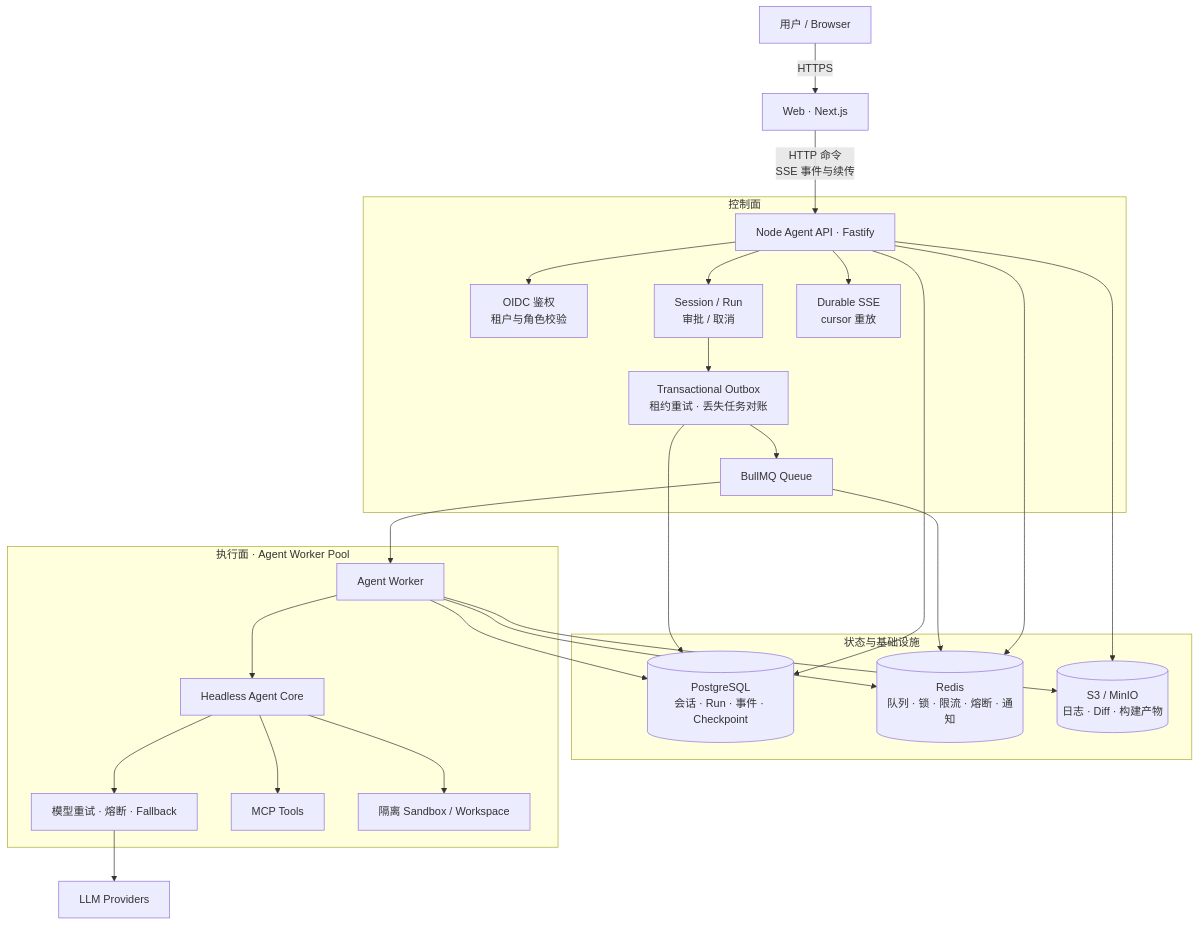
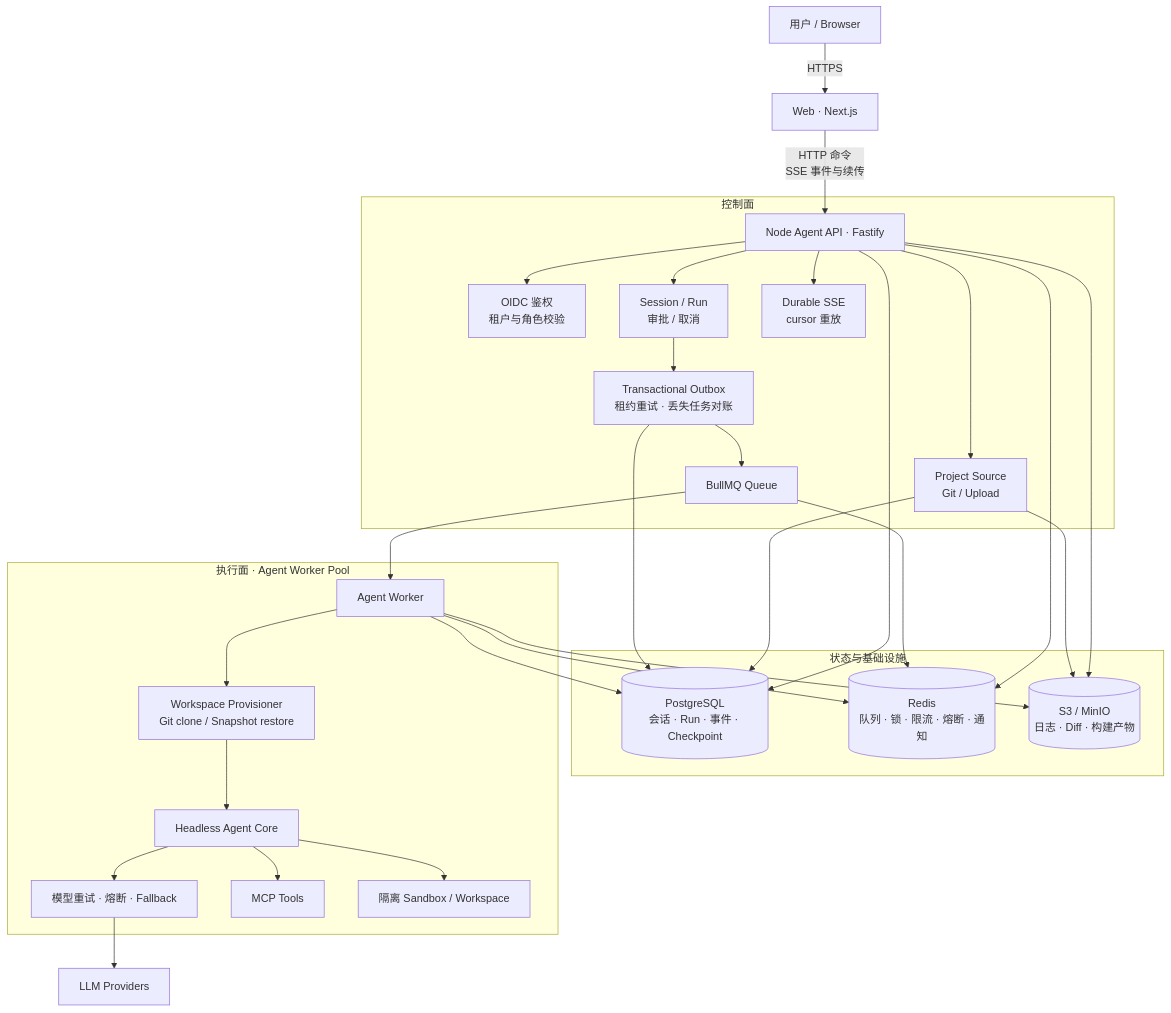
The first of 2 diagrams in docs/node-agent-platform-plan.md (fengnovo/chat), drawn with Mermaid before and after one commit. The commit also changed other lines of this file and 27 other files, not shown here.

````diff
--- a/docs/node-agent-platform-plan.md
+++ b/docs/node-agent-platform-plan.md
@@ -30,38 +30,42 @@
 ```mermaid
 flowchart TB
     User["用户 / Browser"] -->|"HTTPS"| Web["Web · Next.js"]
     Web -->|"HTTP 命令<br/>SSE 事件与续传"| API["Node Agent API · Fastify"]
 
     subgraph ControlPlane["控制面"]
         API --> Auth["OIDC 鉴权<br/>租户与角色校验"]
         API --> RunService["Session / Run<br/>审批 / 取消"]
+        API --> ProjectService["Project Source<br/>Git / Upload"]
         API --> SSE["Durable SSE<br/>cursor 重放"]
         RunService --> Dispatcher["Transactional Outbox<br/>租约重试 · 丢失任务对账"]
         Dispatcher --> Queue["BullMQ Queue"]
     end
 
     subgraph DataPlane["状态与基础设施"]
         PG[("PostgreSQL<br/>会话 · Run · 事件 · Checkpoint")]
         Redis[("Redis<br/>队列 · 锁 · 限流 · 熔断 · 通知")]
         Object[("S3 / MinIO<br/>日志 · Diff · 构建产物")]
     end
 
     API --> PG
     API --> Redis
     API --> Object
+    ProjectService --> PG
+    ProjectService --> Object
     Dispatcher --> PG
     Queue --> Redis
 
     subgraph ExecutionPlane["执行面 · Agent Worker Pool"]
-        Worker["Agent Worker"] --> Core["Headless Agent Core"]
+        Worker["Agent Worker"] --> Provisioner["Workspace Provisioner<br/>Git clone / Snapshot restore"]
+        Provisioner --> Core["Headless Agent Core"]
         Core --> Router["模型重试 · 熔断 · Fallback"]
         Core --> MCP["MCP Tools"]
         Core --> Sandbox["隔离 Sandbox / Workspace"]
     end
 
     Queue --> Worker
     Worker --> PG
     Worker --> Redis
     Worker --> Object
     Router --> Providers["LLM Providers"]
 ```
````
